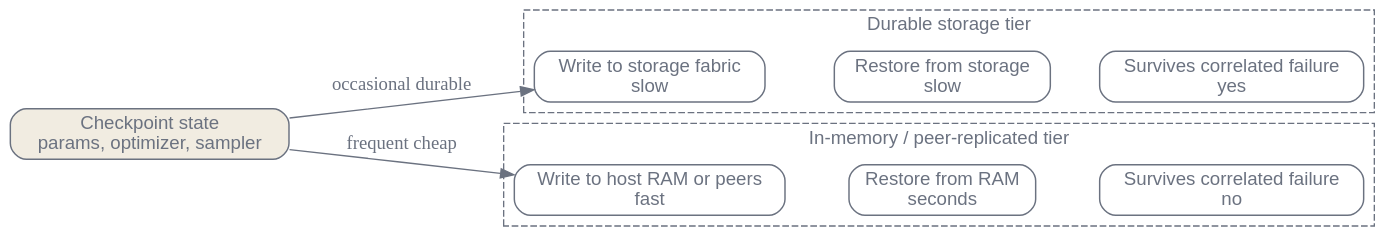
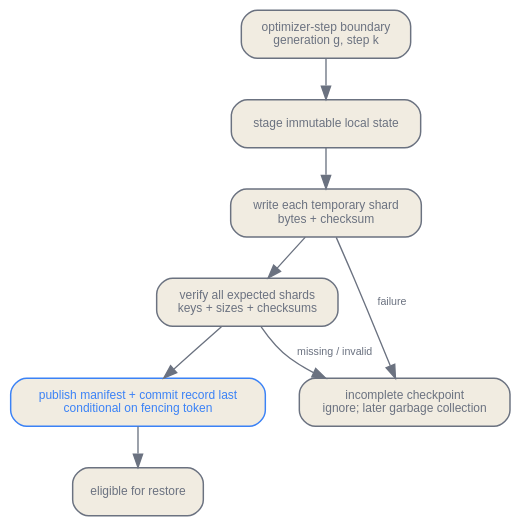
One commit to latere-ai/ai-as-an-infrastructure changed the second of 3 diagrams in en/infrastructure/04-orchestration-data-infra.qmd. Above: the diagram before and after it, drawn with Graphviz. The commit also changed other lines of this file and 3 other files, not shown here.

````diff
--- a/en/infrastructure/04-orchestration-data-infra.qmd
+++ b/en/infrastructure/04-orchestration-data-infra.qmd
@@ -192,38 +176,24 @@
 ```{dot}
-//| label: fig-orchestration-checkpoint-tiers
-//| fig-cap: "The two checkpoint camps. The durable storage tier is slow to write and restore but survives a correlated failure; the in-memory or peer-replicated tier is fast both ways but is lost if enough of the cluster goes down at once. Most runs combine them."
+//| label: fig-orchestration-checkpoint-commit
+//| fig-cap: "A distributed checkpoint becomes restorable only after every required temporary shard is verified and one fenced manifest commit record is published last."
 digraph {
   bgcolor="transparent";
-  rankdir=LR;
-  node [shape=box, style=rounded, fontname="Helvetica", color="#6b7280", fontcolor="#6b7280", penwidth=1.1];
-  edge [color="#6b7280", fontcolor="#6b7280"];
+  rankdir=TB;
+  nodesep=0.35; ranksep=0.42;
+  node [shape=box, style="rounded,filled", fontname="Helvetica", fontsize=9,
+        color="#6b7280", fontcolor="#6b7280", fillcolor="#f1ece1", penwidth=1.1];
+  edge [fontname="Helvetica", fontsize=8, color="#6b7280", fontcolor="#6b7280"];
 
-  subgraph cluster_durable {
-    label="Durable storage tier";
-    fontname="Helvetica";
-    fontcolor="#6b7280";
-    color="#6b7280";
-    style=dashed;
-    DW [label="Write to storage fabric\nslow"];
-    DR [label="Restore from storage\nslow"];
-    DS [label="Survives correlated failure\nyes"];
-  }
+  boundary [label="optimizer-step boundary\ngeneration g, step k"];
+  stage [label="stage immutable local state"];
+  write [label="write each temporary shard\nbytes + checksum"];
+  verify [label="verify all expected shards\nkeys + sizes + checksums"];
+  commit [label="publish manifest + commit record last\nconditional on fencing token", color="#3b82f6", fontcolor="#3b82f6"];
+  restore [label="eligible for restore"];
+  partial [label="incomplete checkpoint\nignore; later garbage collection"];
 
-  subgraph cluster_fast {
-    label="In-memory / peer-replicated tier";
-    fontname="Helvetica";
-    fontcolor="#6b7280";
-    color="#6b7280";
-    style=dashed;
-    FW [label="Write to host RAM or peers\nfast"];
-    FR [label="Restore from RAM\nseconds"];
-    FS [label="Survives correlated failure\nno"];
-  }
-
-  State [label="Checkpoint state\nparams, optimizer, sampler", shape=box, style="rounded,filled", fillcolor="#f1ece1"];
-  State -> DW [label="occasional durable"];
-  State -> FW [label="frequent cheap"];
-  DW -> DR -> DS [style=invis];
-  FW -> FR -> FS [style=invis];
+  boundary -> stage -> write -> verify -> commit -> restore;
+  write -> partial [label="failure"];
+  verify -> partial [label="missing / invalid"];
 }
 ```
````
